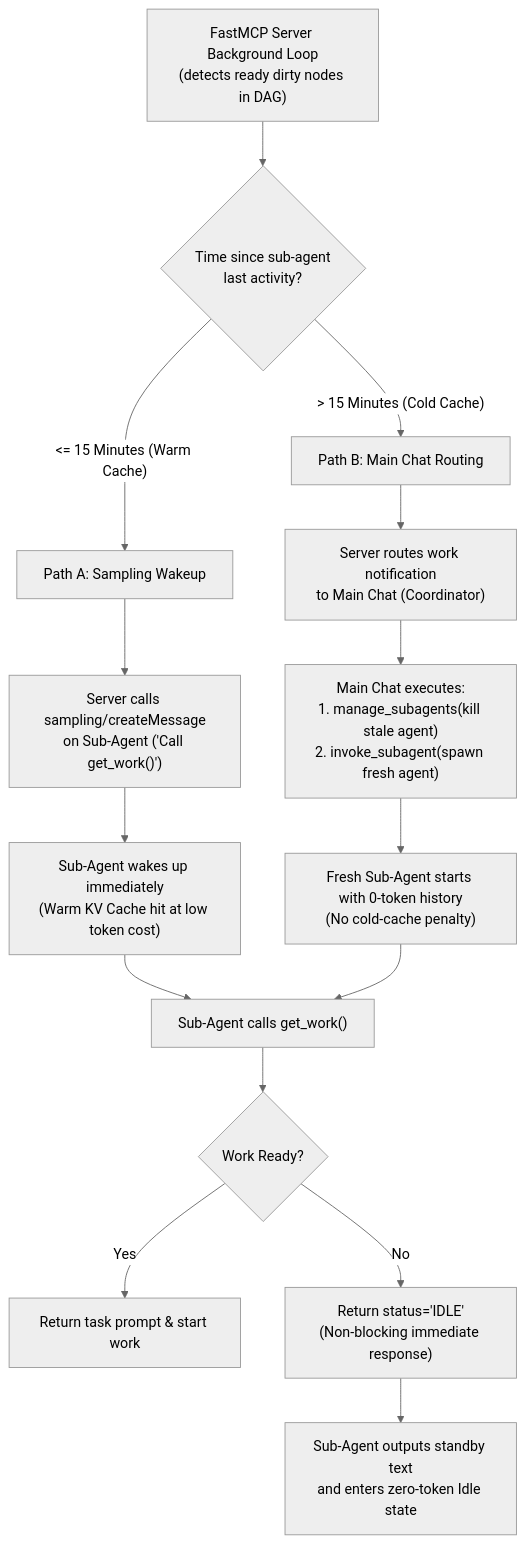
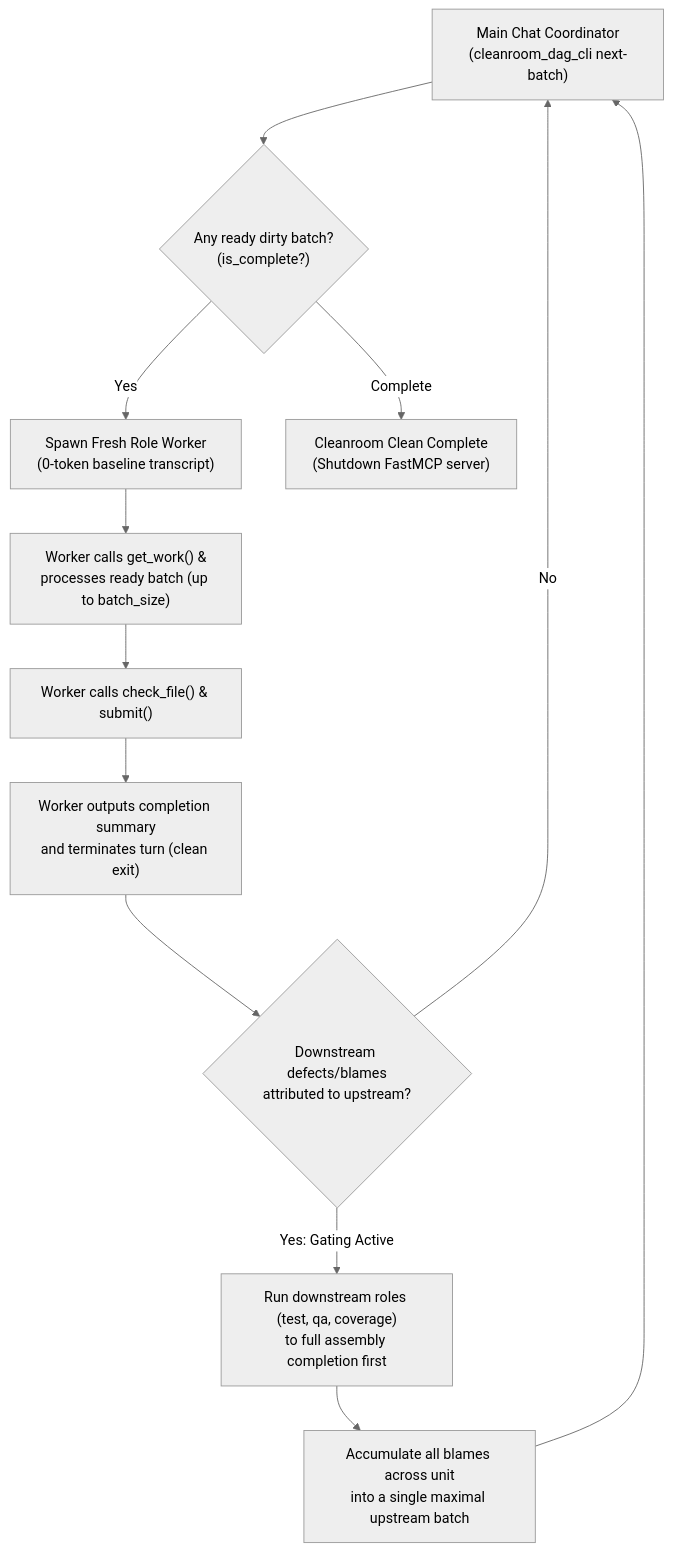
Before and after one commit to mcdirmid/cleanroom: the second of 3 diagrams in design-docs/bazel_role_mcp_server.md, drawn with Mermaid (neutral theme). The commit also changed other lines of this file and 88 other files, not shown here.

````diff
--- a/design-docs/bazel_role_mcp_server.md
+++ b/design-docs/bazel_role_mcp_server.md
@@ -264,21 +270,18 @@
 ```mermaid
 flowchart TD
-    SubAgentCall["Sub-Agent calls get_work()"] --> WorkCheck{"Work Ready?"}
-    WorkCheck -->|Yes| ReturnWork["Return task prompt & start work"]
-    WorkCheck -->|No| ReturnIdle["Return status='IDLE'<br/>(Non-blocking immediate response)"]
-
-    ReturnIdle --> SubAgentSleep["Sub-Agent outputs standby text<br/>and enters zero-token Idle state"]
-
-    ServerLoop["FastMCP Server Background Loop<br/>(detects ready dirty nodes in DAG)"] --> CheckTime{"Time since sub-agent<br/>last activity?"}
-
-    CheckTime -->|"<= 15 Minutes (Warm Cache)"| PathA["Path A: Sampling Wakeup"]
-    PathA --> SendSample["Server calls sampling/createMessage<br/>on Sub-Agent ('Call get_work()')"]
-    SendSample --> WarmResume["Sub-Agent wakes up immediately<br/>(Warm KV Cache hit at low token cost)"]
-    WarmResume --> SubAgentCall
-
-    CheckTime -->|"> 15 Minutes (Cold Cache)"| PathB["Path B: Main Chat Routing"]
-    PathB --> SampleCoord["Server routes work notification<br/>to Main Chat (Coordinator)"]
-    SampleCoord --> CoordAction["Main Chat executes:<br/>1. manage_subagents(kill stale agent)<br/>2. invoke_subagent(spawn fresh agent)"]
-    CoordAction --> FreshStart["Fresh Sub-Agent starts with 0-token history<br/>(No cold-cache penalty)"]
-    FreshStart --> SubAgentCall
+    Coord["Main Chat Coordinator<br/>(cleanroom_dag_cli next-batch)"] --> QueryDAG{"Any ready dirty batch?<br/>(is_complete?)"}
+    
+    QueryDAG -->|Yes| SpawnWorker["Spawn Fresh Role Worker<br/>(0-token baseline transcript)"]
+    QueryDAG -->|Complete| Done["Cleanroom Clean Complete<br/>(Shutdown FastMCP server)"]
+    
+    SpawnWorker --> WorkBatch["Worker calls get_work() &<br/>processes ready batch (up to batch_size)"]
+    WorkBatch --> SubmitBatch["Worker calls check_file() & submit()"]
+    SubmitBatch --> TerminateWorker["Worker outputs completion summary<br/>and terminates turn (clean exit)"]
+    TerminateWorker --> GatingCheck{"Downstream defects/blames<br/>attributed to upstream?"}
+    
+    GatingCheck -->|Yes: Gating Active| DownstreamWave["Run downstream roles (test, qa, coverage)<br/>to full assembly completion first"]
+    DownstreamWave --> Accumulate["Accumulate all blames across unit<br/>into a single maximal upstream batch"]
+    Accumulate --> Coord
+    
+    GatingCheck -->|No| Coord
 ```
````
